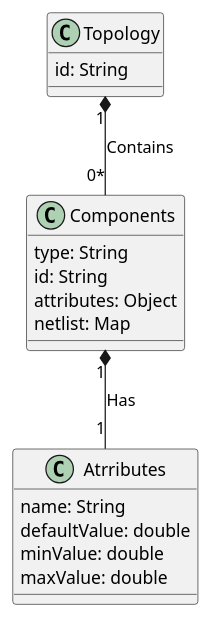
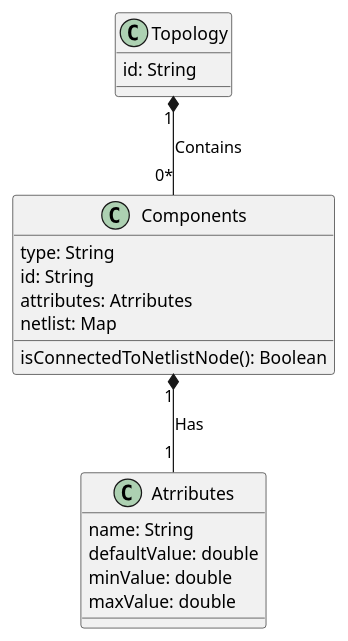
One commit to KarimElsayad247/MasterMicroTopologyAPI changed the diagram in classDiagram.puml. Above: the diagram before and after it, drawn with PlantUML.

Commit message:
Update class diagram

```diff
--- a/classDiagram.puml
+++ b/classDiagram.puml
@@ -1,20 +1,21 @@
 @startuml
 class Topology {
     id: String
 }
 class Components {
     type: String
     id: String
-    attributes: Object
+    attributes: Atrributes
     netlist: Map
+    isConnectedToNetlistNode(): Boolean
 }
 
 class Atrributes {
     name: String
     defaultValue: double
     minValue: double
     maxValue: double
 }
 Topology "1" *-- "0*" Components : Contains
 Components "1" *-- "1" Atrributes : Has
 @enduml
```
